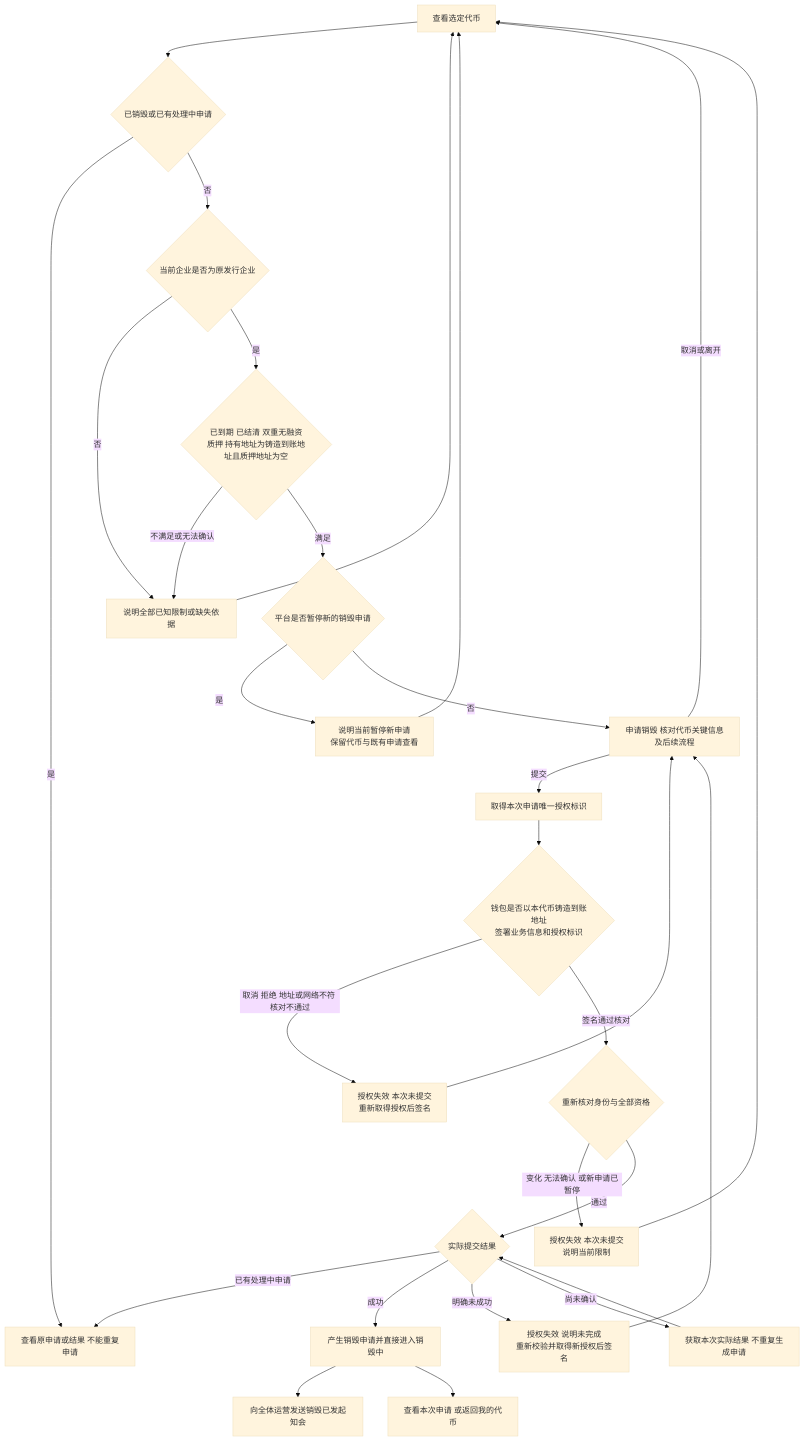
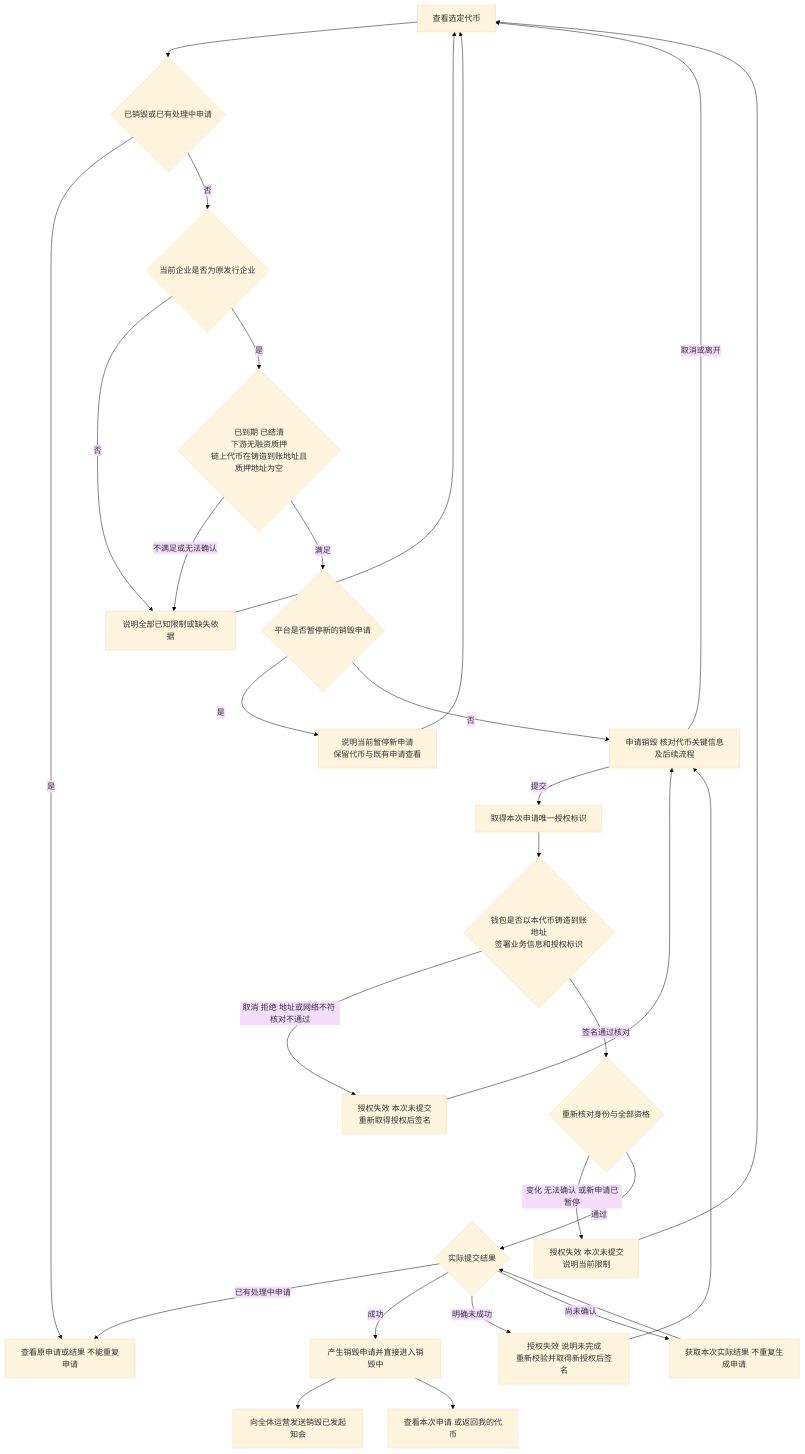
Before and after one commit to wxblockchain/Chain-Financing: the second of 4 diagrams in token-issuance-platform/PRD/面客端/M4a-我的代币与销毁申请/02-我的代币与销毁申请-流程图与状态机.md, drawn with Mermaid (base theme). The commit also changed other lines of this file and 8 other files, not shown here.

````diff
--- a/token-issuance-platform/PRD/面客端/M4a-我的代币与销毁申请/02-我的代币与销毁申请-流程图与状态机.md
+++ b/token-issuance-platform/PRD/面客端/M4a-我的代币与销毁申请/02-我的代币与销毁申请-流程图与状态机.md
@@ -42,31 +42,31 @@
 ```mermaid
 flowchart TD
     A[查看选定代币] --> B{已销毁或已有处理中申请}
     B -->|是| C[查看原申请或结果 不能重复申请]
     B -->|否| X{当前企业是否为原发行企业}
     X -->|否| E[说明全部已知限制或缺失依据]
-    X -->|是| D{已到期 已结清 双重无融资质押 持有地址为铸造到账地址且质押地址为空}
+    X -->|是| D{已到期 已结清<br/>下游无融资质押<br/>链上代币在铸造到账地址且质押地址为空}
     D -->|不满足或无法确认| E[说明全部已知限制或缺失依据]
     E --> A
     D -->|满足| P{平台是否暂停新的销毁申请}
     P -->|是| Q[说明当前暂停新申请<br/>保留代币与既有申请查看]
     Q --> A
     P -->|否| F[申请销毁 核对代币关键信息及后续流程]
     F -->|取消或离开| A
     F -->|提交| R[取得本次申请唯一授权标识]
     R --> S{钱包是否以本代币铸造到账地址<br/>签署业务信息和授权标识}
     S -->|取消 拒绝 地址或网络不符 核对不通过| T[授权失效 本次未提交<br/>重新取得授权后签名]
     T --> F
     S -->|签名通过核对| G{重新核对身份与全部资格}
     G -->|变化 无法确认 或新申请已暂停| H[授权失效 本次未提交<br/>说明当前限制]
     H --> A
     G -->|通过| I{实际提交结果}
     I -->|已有处理中申请| C
     I -->|成功| J[产生销毁申请并直接进入销毁中]
     J --> K[向全体运营发送销毁已发起知会]
     J --> L[查看本次申请 或返回我的代币]
     I -->|明确未成功| M[授权失效 说明未完成<br/>重新校验并取得新授权后签名]
     M --> F
     I -->|尚未确认| N[获取本次实际结果 不重复生成申请]
     N --> I
 ```
````
